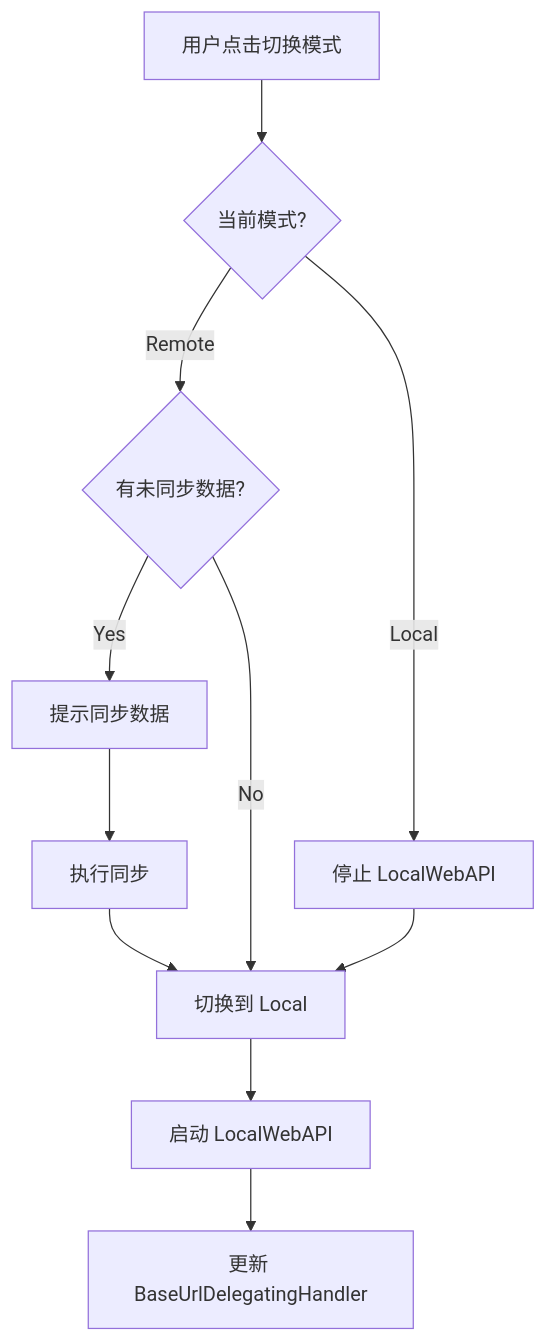
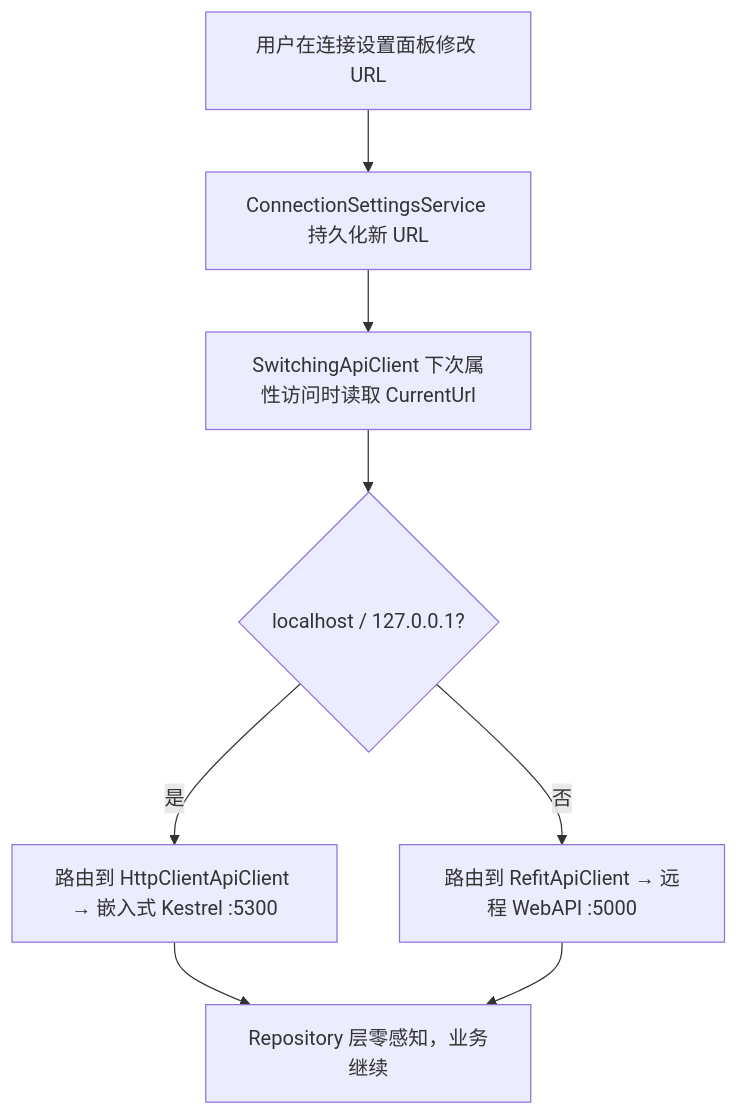
One commit to shouqitao/LYBTZYZS changed the second of 4 diagrams in docs/03-architecture/05-dual-mode.md. Above: the diagram before and after it, drawn with Mermaid. The commit also changed other lines of this file and 119 other files, not shown here.

````diff
--- a/docs/03-architecture/05-dual-mode.md
+++ b/docs/03-architecture/05-dual-mode.md
@@ -147,13 +151,10 @@
 ```mermaid
 flowchart TD
-    A[用户点击切换模式] --> B{当前模式?}
-    B -->|Remote| C{有未同步数据?}
-    B -->|Local| D[停止 LocalWebAPI]
-    C -->|Yes| E[提示同步数据]
-    C -->|No| F[切换到 Local]
-    D --> F
-    E --> G[执行同步]
-    G --> F
-    F --> H[启动 LocalWebAPI]
-    H --> I[更新 BaseUrlDelegatingHandler]
+    A[用户在连接设置面板修改 URL] --> B[ConnectionSettingsService 持久化新 URL]
+    B --> C[SwitchingApiClient 下次属性访问时读取 CurrentUrl]
+    C --> D{localhost / 127.0.0.1?}
+    D -->|是| E[路由到 HttpClientApiClient → 嵌入式 Kestrel :5300]
+    D -->|否| F[路由到 RefitApiClient → 远程 WebAPI :5000]
+    E --> G[Repository 层零感知，业务继续]
+    F --> G
 ```
````
